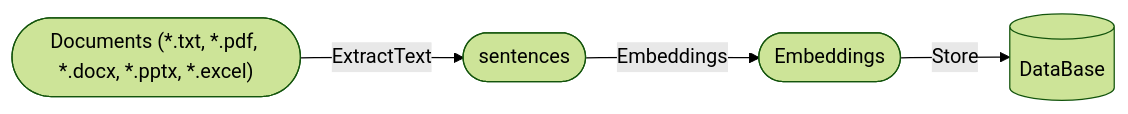
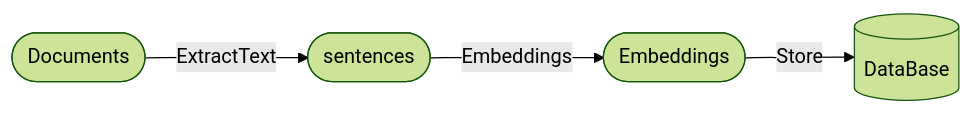
Before and after one commit to RapidAI/Knowledge-QA-LLM: the first of 2 diagrams in README.md, drawn with Mermaid (forest theme). The commit also changed other lines of this file and 1 other file, not shown here.

````diff
--- a/README.md
+++ b/README.md
@@ -29,7 +31,7 @@
-     ```mermaid
-     flowchart LR
+    ```mermaid
+    flowchart LR
 
-     A(["Documents (*.txt, *.pdf, *.docx, *.pptx, *.excel)"]) --ExtractText--> B([sentences])
-     B --Embeddings--> C([Embeddings])
-     C --Store--> D[(DataBase)]
-     ```
+    A([Documents]) --ExtractText--> B([sentences])
+    B --Embeddings--> C([Embeddings])
+    C --Store--> D[(DataBase)]
+    ```
````
